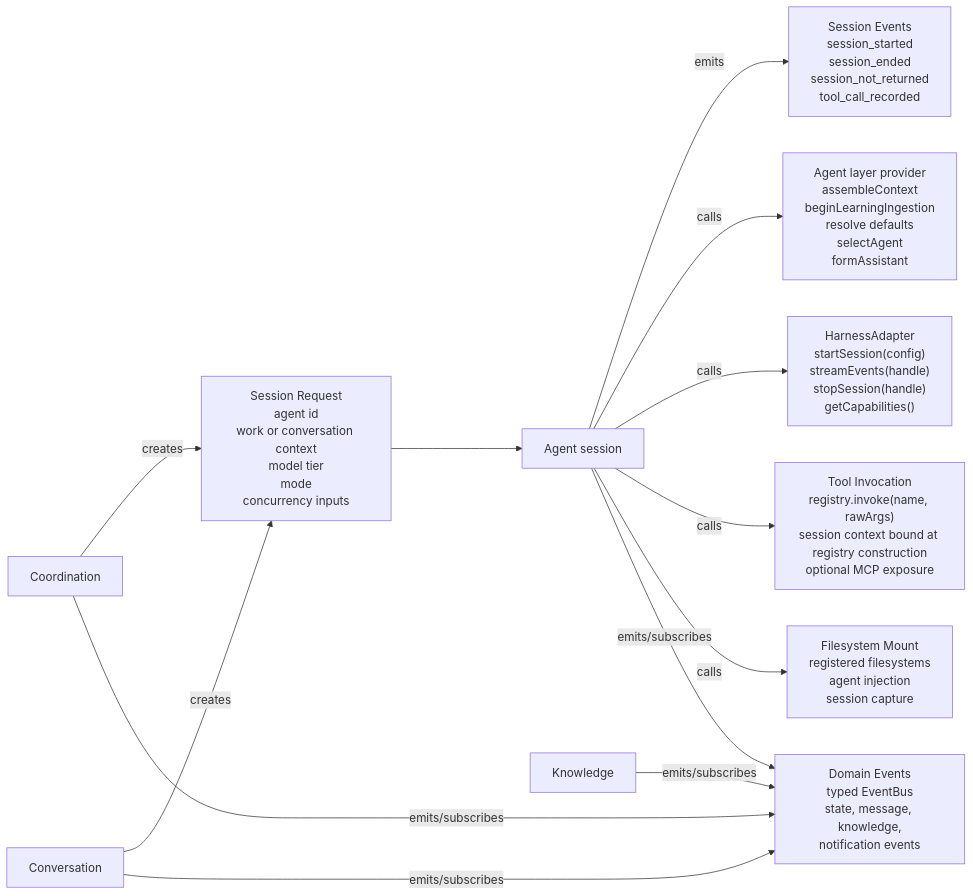
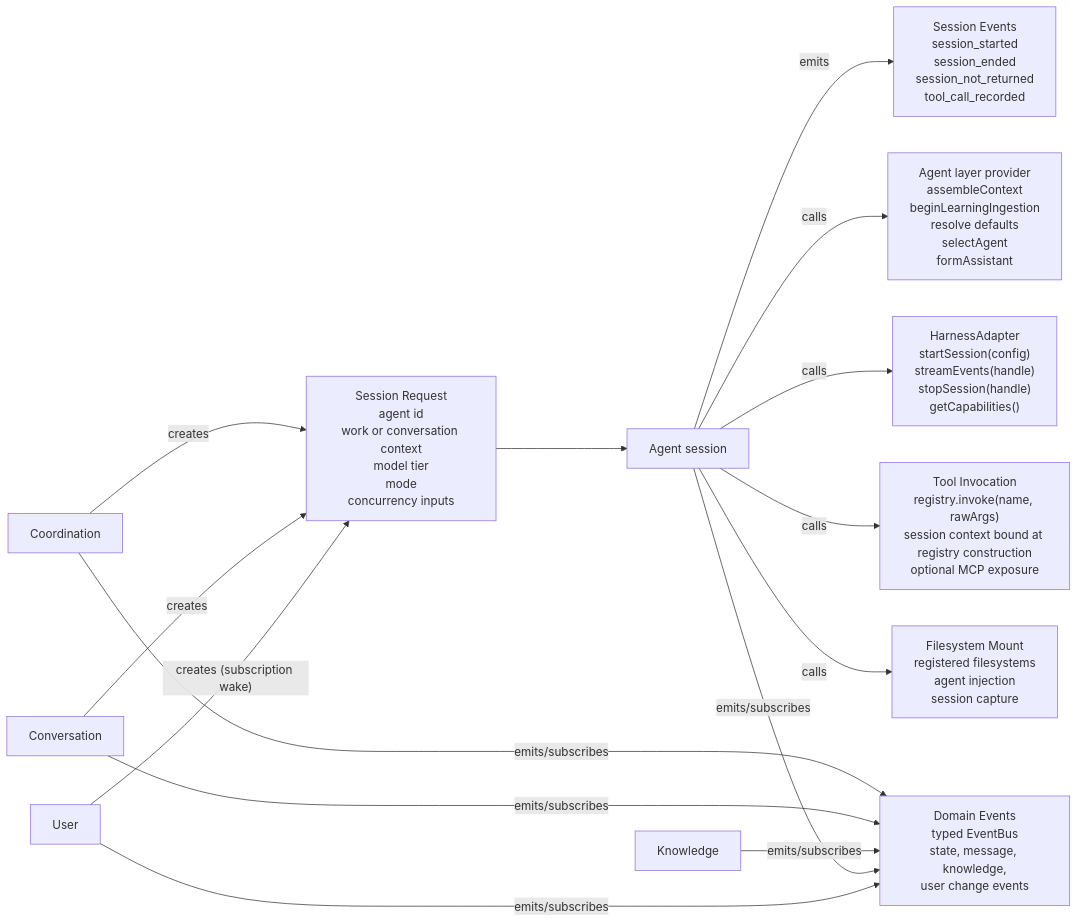
One commit to idle-builders/hyperidle changed the third of 13 diagrams in docs/architecture/as-implemented-domain-architecture.md. Above: the diagram before and after it, drawn with Mermaid. The commit also changed other lines of this file and 653 other files, not shown here.

````diff
--- a/docs/architecture/as-implemented-domain-architecture.md
+++ b/docs/architecture/as-implemented-domain-architecture.md
@@ -95,23 +105,25 @@
 ```mermaid
 flowchart LR
   SessionRequest["Session Request\nagent id\nwork or conversation context\nmodel tier\nmode\nconcurrency inputs"]
   SessionEvents["Session Events\nsession_started\nsession_ended\nsession_not_returned\ntool_call_recorded"]
   HarnessContract["HarnessAdapter\nstartSession(config)\nstreamEvents(handle)\nstopSession(handle)\ngetCapabilities()"]
   AgentLayerContract["Agent layer provider\nassembleContext\nbeginLearningIngestion\nresolve defaults\nselectAgent\nformAssistant"]
   ToolContract["Tool Invocation\nregistry.invoke(name, rawArgs)\nsession context bound at registry construction\noptional MCP exposure"]
   MountContract["Filesystem Mount\nregistered filesystems\nagent injection\nsession capture"]
-  EventContract["Domain Events\ntyped EventBus\nstate, message, knowledge,\nnotification events"]
+  EventContract["Domain Events\ntyped EventBus\nstate, message, knowledge,\nuser change events"]
 
   Coordination["Coordination"] -- "creates" --> SessionRequest
   Conversation["Conversation"] -- "creates" --> SessionRequest
+  User["User"] -- "creates (subscription wake)" --> SessionRequest
   SessionRequest --> Session["Agent session"]
   Session -- "emits" --> SessionEvents
   Session -- "calls" --> AgentLayerContract
   Session -- "calls" --> HarnessContract
   Session -- "calls" --> ToolContract
   Session -- "calls" --> MountContract
   Coordination -- "emits/subscribes" --> EventContract
   Conversation -- "emits/subscribes" --> EventContract
   Knowledge -- "emits/subscribes" --> EventContract
   Session -- "emits/subscribes" --> EventContract
+  User -- "emits/subscribes" --> EventContract
 ```
````
